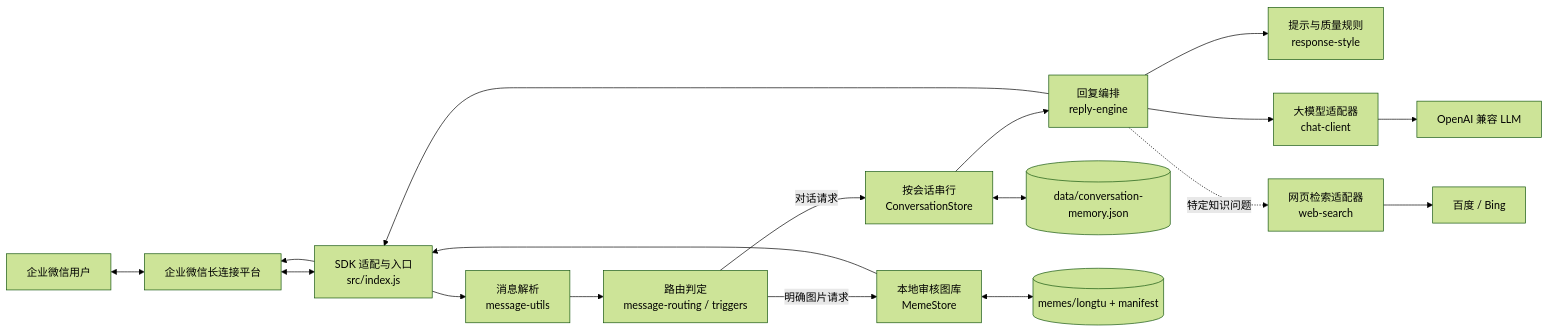
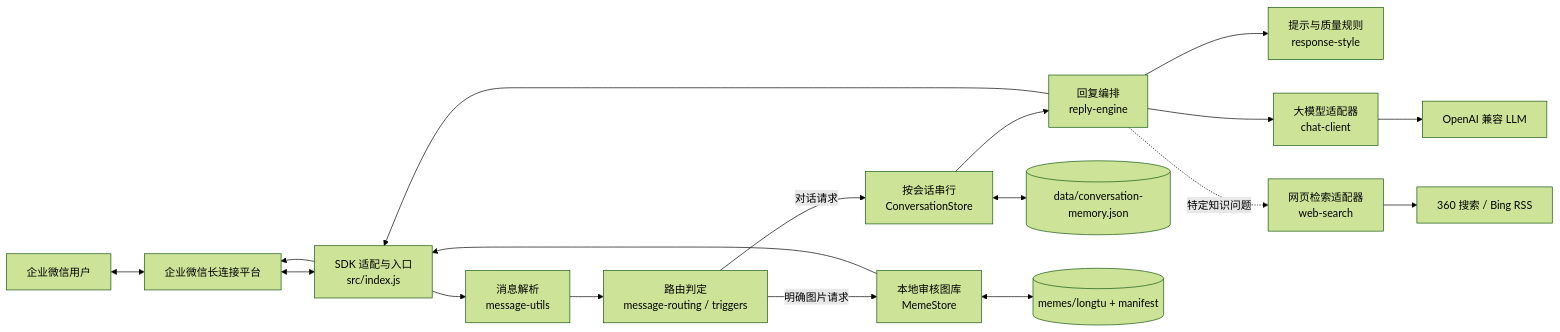
Before and after one commit to Sakamoto18/wecom-meme-bot: the first of 2 diagrams in docs/node-service-architecture-and-learning-guide.md, drawn with Mermaid (forest theme). The commit also changed other lines of this file and 15 other files, not shown here.

````diff
--- a/docs/node-service-architecture-and-learning-guide.md
+++ b/docs/node-service-architecture-and-learning-guide.md
@@ -53,23 +53,23 @@
 ```mermaid
 flowchart LR
     U[企业微信用户] <--> W[企业微信长连接平台]
     W <--> A[SDK 适配与入口<br/>src/index.js]
 
     A --> B[消息解析<br/>message-utils]
     B --> C[路由判定<br/>message-routing / triggers]
 
     C -->|明确图片请求| D[本地审核图库<br/>MemeStore]
     C -->|对话请求| E[按会话串行<br/>ConversationStore]
     E --> F[回复编排<br/>reply-engine]
     F --> G[提示与质量规则<br/>response-style]
     F --> H[大模型适配器<br/>chat-client]
     F -.特定知识问题.-> I[网页检索适配器<br/>web-search]
 
     H --> L[OpenAI 兼容 LLM]
-    I --> S[百度 / Bing]
+    I --> S[360 搜索 / Bing RSS]
     E <--> P[(data/conversation-memory.json)]
     D <--> M[(memes/longtu + manifest)]
     D --> A
     F --> A
     A --> W
 ```
````
